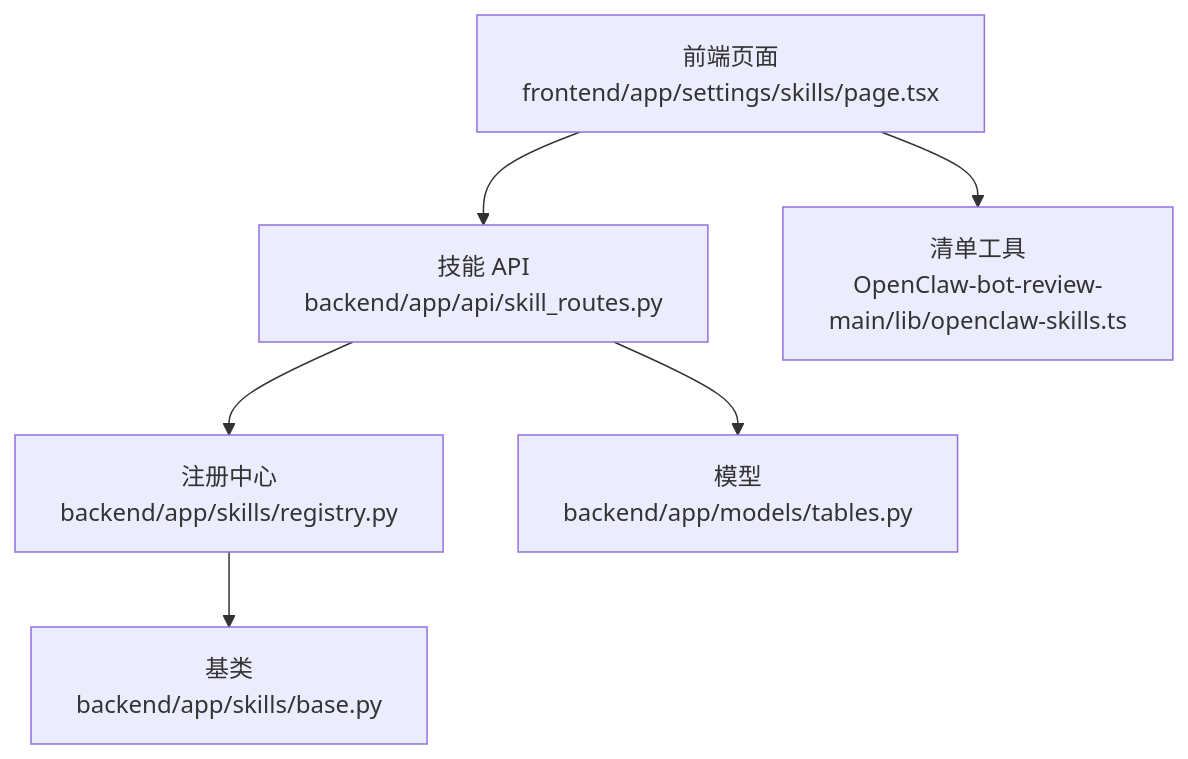
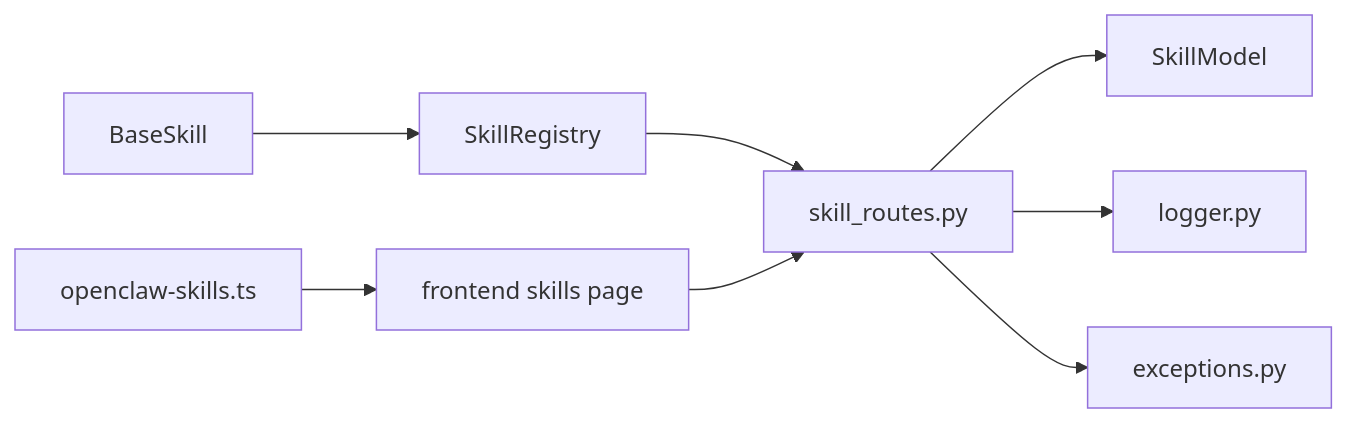
Before and after one commit to sansansansansan2022-web/hotclaw: the ninth of 9 diagrams in .qoder/repowiki/zh/content/技能系统/技能开发指南.md, drawn with Mermaid. The commit also changed other lines of this file and 288 other files, not shown here.

````diff
--- a/.qoder/repowiki/zh/content/技能系统/技能开发指南.md
+++ b/.qoder/repowiki/zh/content/技能系统/技能开发指南.md
@@ -263,8 +278,10 @@
 ```mermaid
-graph TB
-API["技能 API<br/>backend/app/api/skill_routes.py"] --> REG["注册中心<br/>backend/app/skills/registry.py"]
-API --> DB["模型<br/>backend/app/models/tables.py"]
-REG --> BASE["基类<br/>backend/app/skills/base.py"]
-FE["前端页面<br/>frontend/app/settings/skills/page.tsx"] --> API
-FE --> TS["清单工具<br/>OpenClaw-bot-review-main/lib/openclaw-skills.ts"]
+graph LR
+Base["BaseSkill"] --> Reg["SkillRegistry"]
+Reg --> Routes["skill_routes.py"]
+Routes --> Model["SkillModel"]
+Routes --> Logger["logger.py"]
+Routes --> Exceptions["exceptions.py"]
+FE["frontend skills page"] --> Routes
+Scanner["openclaw-skills.ts"] --> FE
 ```
````
